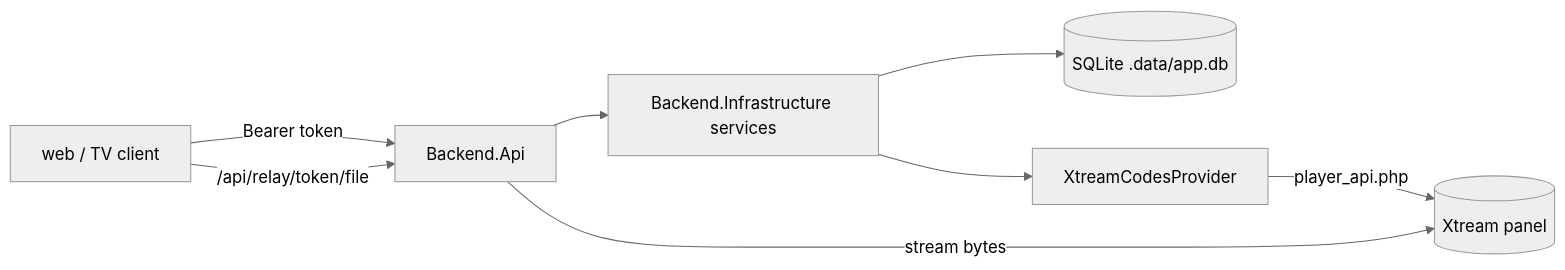
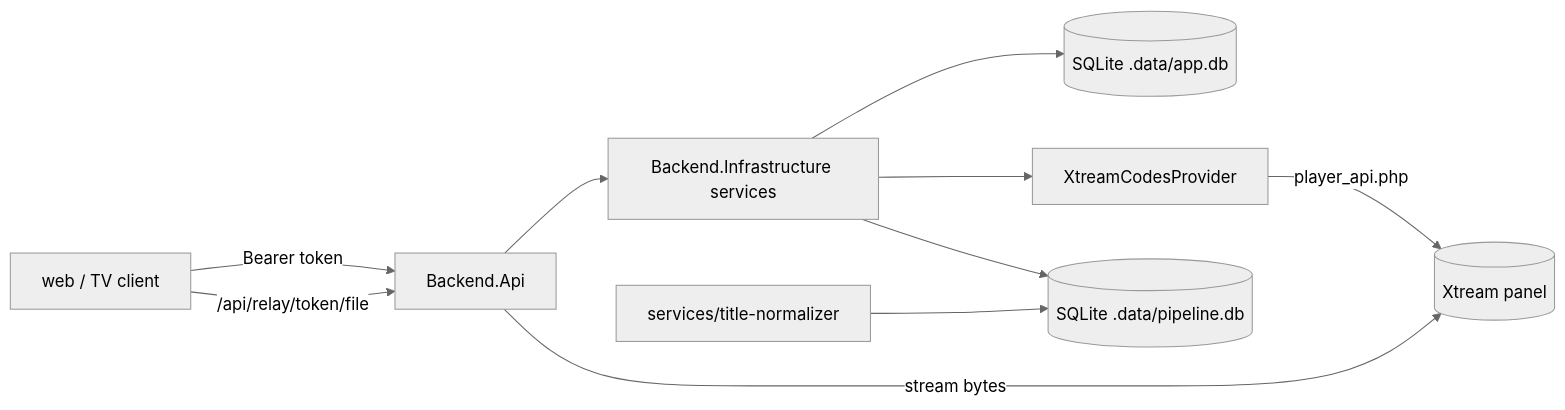
One commit to brunoccst/iptv-player changed the diagram in backend/README.md. Above: the diagram before and after it, drawn with Mermaid (neutral theme). The commit also changed other lines of this file and 56 other files, not shown here.

First line of the commit message:
Step 3: title normalizer with SQLite job queue and deduplicated library API

````diff
--- a/backend/README.md
+++ b/backend/README.md
@@ -6,9 +6,11 @@
 ```mermaid
 flowchart LR
   C[web / TV client] -->|Bearer token| API[Backend.Api]
   API --> SVC[Backend.Infrastructure services]
   SVC --> DB[(SQLite .data/app.db)]
   SVC --> XP[XtreamCodesProvider]
   XP -->|player_api.php| IPTV[(Xtream panel)]
   C -->|/api/relay/token/file| API -->|stream bytes| IPTV
+  SVC --> PDB[(SQLite .data/pipeline.db)]
+  PY[services/title-normalizer] --> PDB
 ```
````
